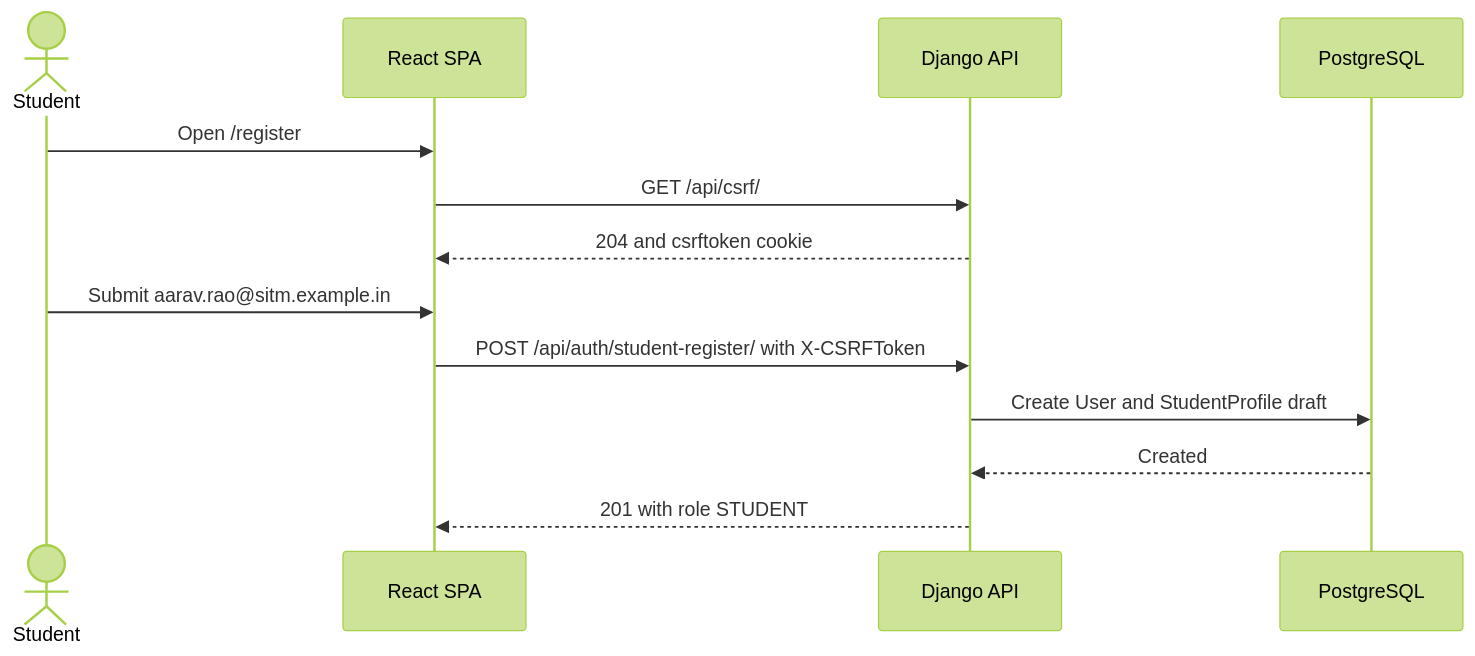
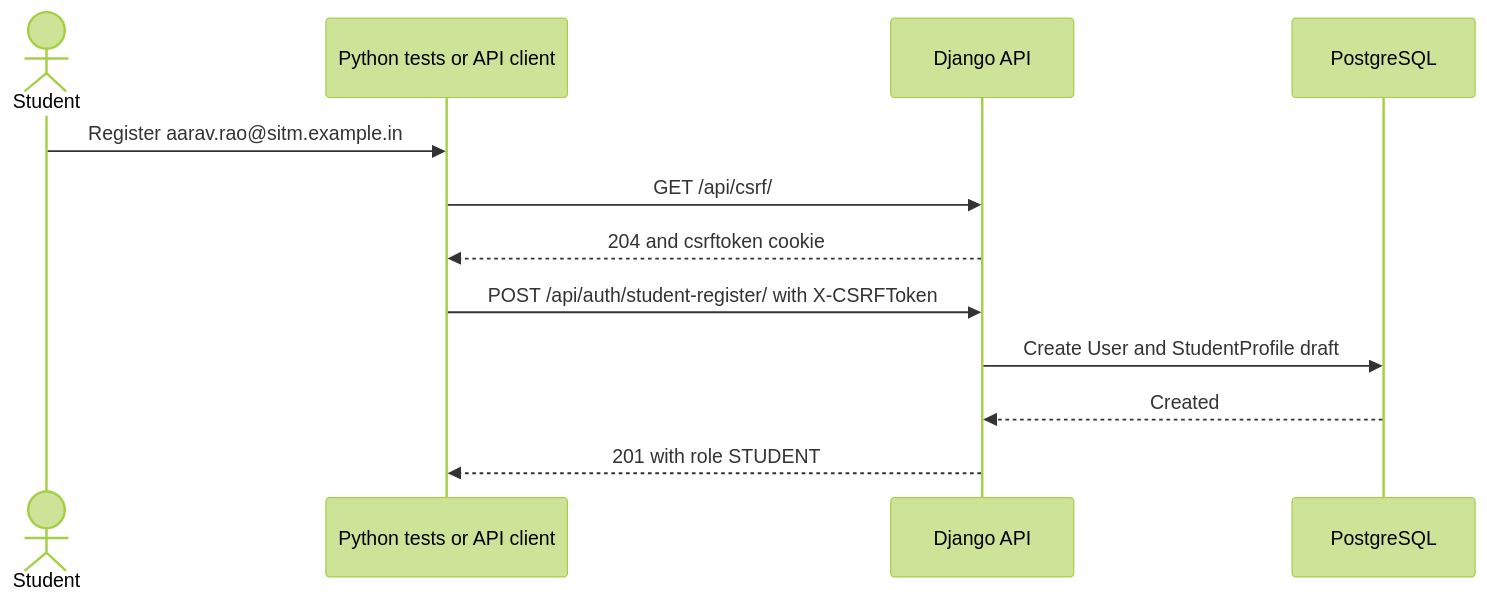
One commit to sukurcf/spec-campushire-placement-portal changed the third of 7 diagrams in docs/05-system-architecture.md. Above: the diagram before and after it, drawn with Mermaid (forest theme). The commit also changed other lines of this file and 14 other files, not shown here.

````diff
--- a/docs/05-system-architecture.md
+++ b/docs/05-system-architecture.md
@@ -54,15 +52,14 @@
 ```mermaid
 sequenceDiagram
     actor Student
-    participant SPA as React SPA
+    participant Client as Python tests or API client
     participant API as Django API
     participant DB as PostgreSQL
-    Student->>SPA: Open /register
-    SPA->>API: GET /api/csrf/
-    API-->>SPA: 204 and csrftoken cookie
-    Student->>SPA: Submit aarav.rao@sitm.example.in
-    SPA->>API: POST /api/auth/student-register/ with X-CSRFToken
+    Student->>Client: Register aarav.rao@sitm.example.in
+    Client->>API: GET /api/csrf/
+    API-->>Client: 204 and csrftoken cookie
+    Client->>API: POST /api/auth/student-register/ with X-CSRFToken
     API->>DB: Create User and StudentProfile draft
     DB-->>API: Created
-    API-->>SPA: 201 with role STUDENT
+    API-->>Client: 201 with role STUDENT
 ```
````
